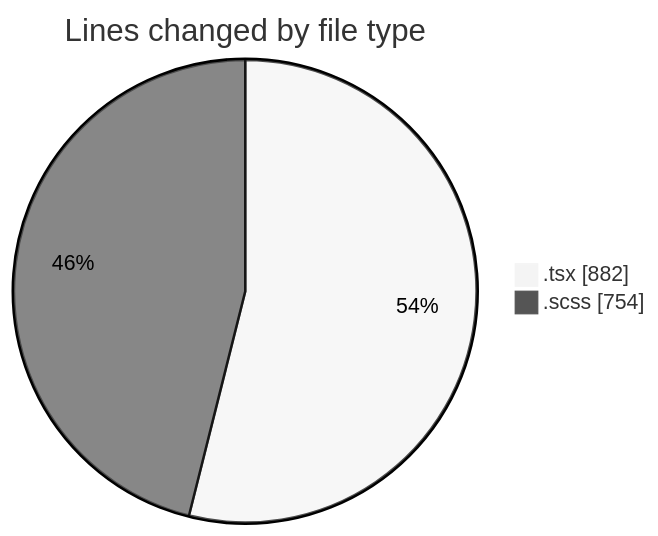
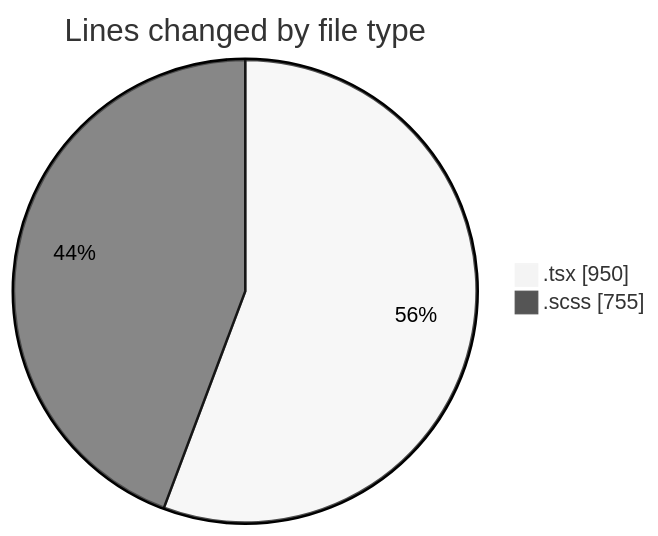
One commit to momahboobian/code-tracking changed the first of 2 diagrams in 2025-10-06/cda/README.md. Above: the diagram before and after it, drawn with Mermaid (neutral theme). The commit also changed other lines of this file and 1 other file, not shown here.

````diff
--- a/2025-10-06/cda/README.md
+++ b/2025-10-06/cda/README.md
@@ -24,6 +24,6 @@
 ```mermaid
 pie showData
 title Lines changed by file type
-".tsx" : 882
-".scss" : 754
+".tsx" : 950
+".scss" : 755
 ```
````
